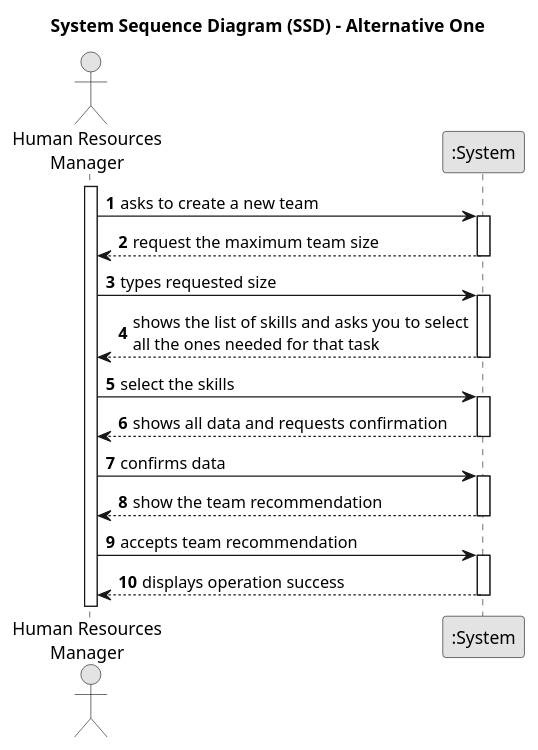
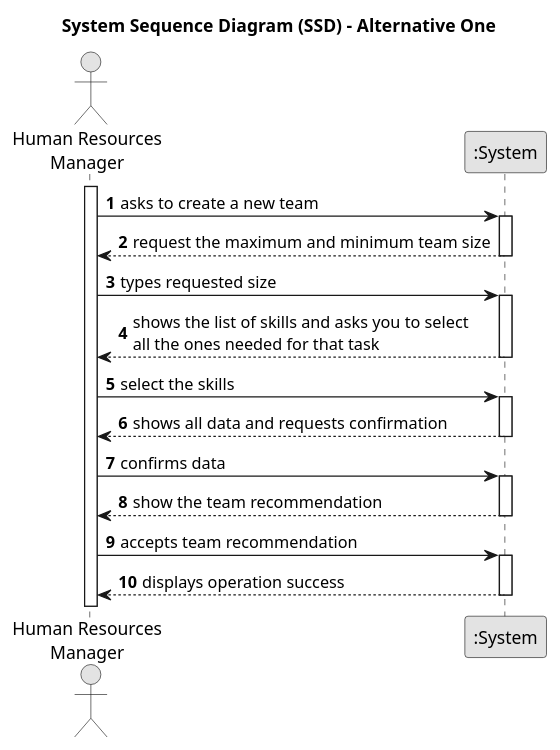
One commit to diogoveirospro/lei-24-s2-1dg-g072 changed the diagram in docs/sprintA/us005/01.requirements-engineering/puml/us005-system-sequence-diagram-alternative-one.puml. Above: the diagram before and after it, drawn with PlantUML. The commit also changed 7 other files, not shown here.

```diff
--- a/docs/sprintA/us005/01.requirements-engineering/puml/us005-system-sequence-diagram-alternative-one.puml
+++ b/docs/sprintA/us005/01.requirements-engineering/puml/us005-system-sequence-diagram-alternative-one.puml
@@ -1,45 +1,45 @@
 @startuml
 skinparam monochrome true
 skinparam packageStyle rectangle
 skinparam shadowing false
 
 title System Sequence Diagram (SSD) - Alternative One
 
 autonumber
 
 actor "Human Resources\nManager" as GRH
 participant ":System" as System
 
 activate GRH
 
     GRH -> System : asks to create a new team
     activate System
 
-        System --> GRH : request the maximum team size
+        System --> GRH : request the maximum and minimum team size
     deactivate System
 
     GRH -> System : types requested size
     activate System
 
         System --> GRH : shows the list of skills and asks you to select\nall the ones needed for that task
     deactivate System
 
     GRH -> System : select the skills
     activate System
 
         System --> GRH : shows all data and requests confirmation
     deactivate System
 
     GRH -> System : confirms data
     activate System
 
         System --> GRH : show the team recommendation
     deactivate System
 
     GRH -> System : accepts team recommendation
     activate System
 
         System --> GRH : displays operation success
     deactivate System
 
 @enduml
```
